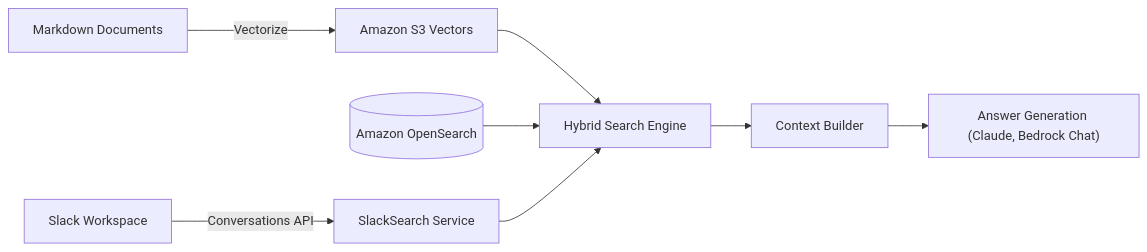
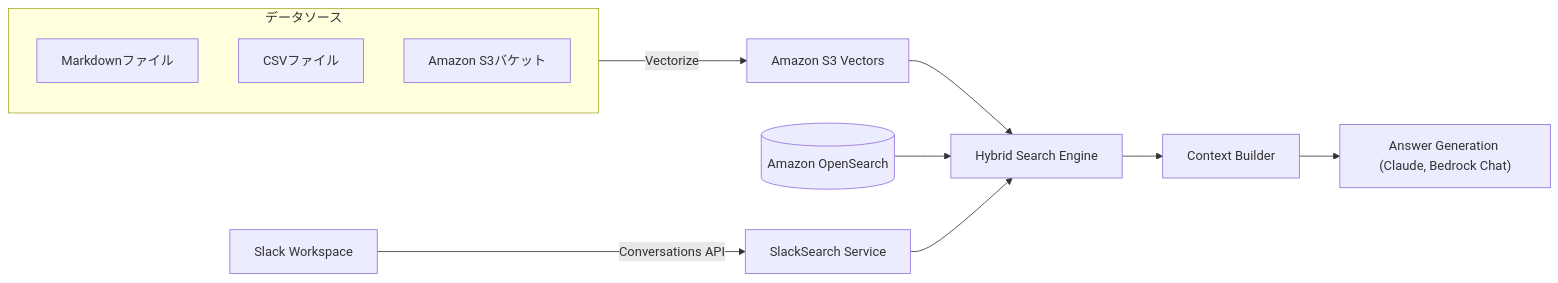
One commit to ca-srg/ragent changed the first of 6 diagrams in README_ja.md. Above: the diagram before and after it, drawn with Mermaid. The commit also changed other lines of this file and 39 other files, not shown here.

````diff
--- a/README_ja.md
+++ b/README_ja.md
@@ -87,10 +88,16 @@
 ```mermaid
 graph LR
-    MD[Markdown Documents] -->|Vectorize| VE[Amazon S3 Vectors]
+    subgraph Sources["データソース"]
+        MD[Markdownファイル]
+        CSV[CSVファイル]
+        S3[Amazon S3バケット]
+    end
+
+    Sources -->|Vectorize| VE[Amazon S3 Vectors]
     VE --> HY[Hybrid Search Engine]
     OS[(Amazon OpenSearch)] --> HY
     SL[Slack Workspace] -->|Conversations API| SS[SlackSearch Service]
     SS --> HY
     HY --> CT[Context Builder]
     CT --> AN["Answer Generation (Claude, Bedrock Chat)"]
 ```
````
